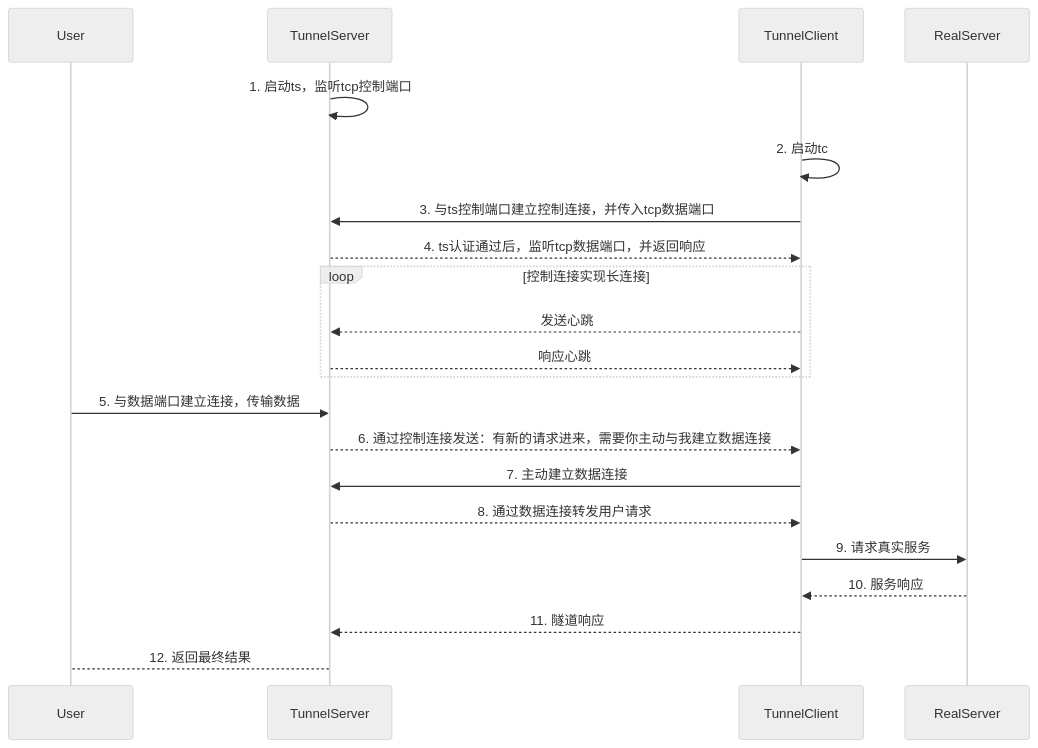
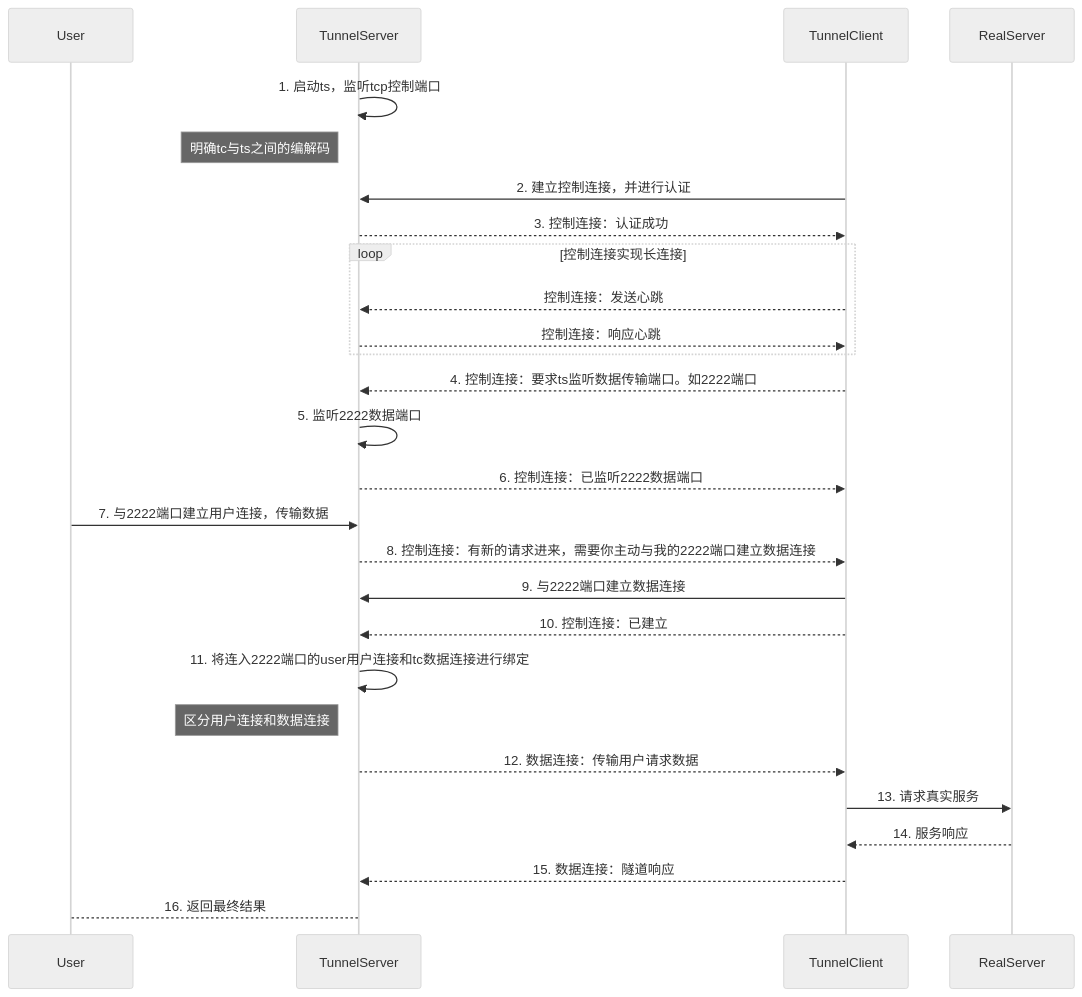
One commit to meethigher/tcp-reverse-proxy changed the diagram in README.md. Above: the diagram before and after it, drawn with Mermaid (neutral theme). The commit also changed other lines of this file, not shown here.

Commit message:
feat: 更新内网穿透时序图

````diff
--- a/README.md
+++ b/README.md
@@ -41,28 +45,32 @@
 ```mermaid
 sequenceDiagram
     participant user as User
     participant ts as TunnelServer
     participant tc as TunnelClient
     participant rs as RealServer
     
     ts->>ts: 1. 启动ts，监听tcp控制端口
-    tc->>tc: 2. 启动tc
-    tc->>ts: 3. 与ts控制端口建立控制连接，并传入tcp数据端口
-    ts-->>tc: 4. ts认证通过后，监听tcp数据端口，并返回响应
+    note left of ts: 明确tc与ts之间的编解码
+    tc->>ts: 2. 建立控制连接，并进行认证
+    ts-->>tc: 3. 控制连接：认证成功
     loop 控制连接实现长连接
-      tc-->>ts: 发送心跳
-      ts-->>tc: 响应心跳
+      tc-->>ts: 控制连接：发送心跳
+      ts-->>tc: 控制连接：响应心跳
     end
+    tc-->>ts: 4. 控制连接：要求ts监听数据传输端口。如2222端口
+    ts->>ts: 5. 监听2222数据端口
+    ts-->>tc: 6. 控制连接：已监听2222数据端口
+
     
-    user->>ts: 5. 与数据端口建立连接，传输数据
-    ts-->>tc: 6. 通过控制连接发送：有新的请求进来，需要你主动与我建立数据连接
-    tc->>ts: 7. 主动建立数据连接
-    ts-->>tc: 8. 通过数据连接转发用户请求
-    tc->>rs: 9. 请求真实服务
-    rs-->>tc: 10. 服务响应
-    tc-->>ts: 11. 隧道响应
-    ts-->user: 12. 返回最终结果
-   
-   
-
+    user->>ts: 7. 与2222端口建立用户连接，传输数据
+    ts-->>tc: 8. 控制连接：有新的请求进来，需要你主动与我的2222端口建立数据连接
+    tc->>ts: 9. 与2222端口建立数据连接
+    tc-->>ts: 10. 控制连接：已建立
+    ts->>ts: 11. 将连入2222端口的user用户连接和tc数据连接进行绑定
+    note left of ts: 区分用户连接和数据连接
+    ts-->>tc: 12. 数据连接：传输用户请求数据
+    tc->>rs: 13. 请求真实服务
+    rs-->>tc: 14. 服务响应
+    tc-->>ts: 15. 数据连接：隧道响应
+    ts-->user: 16. 返回最终结果
 ```
````
